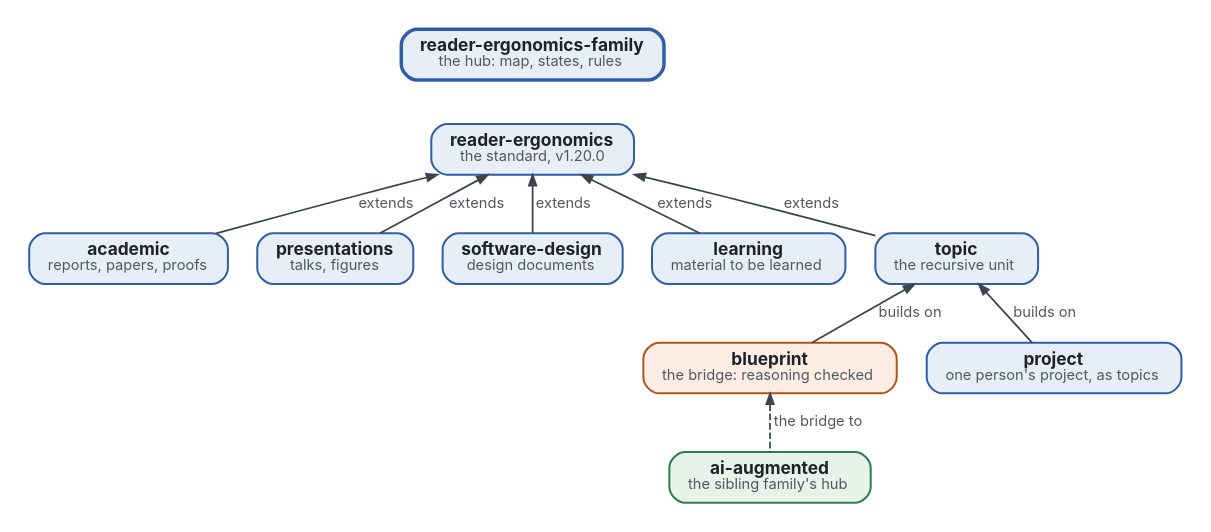
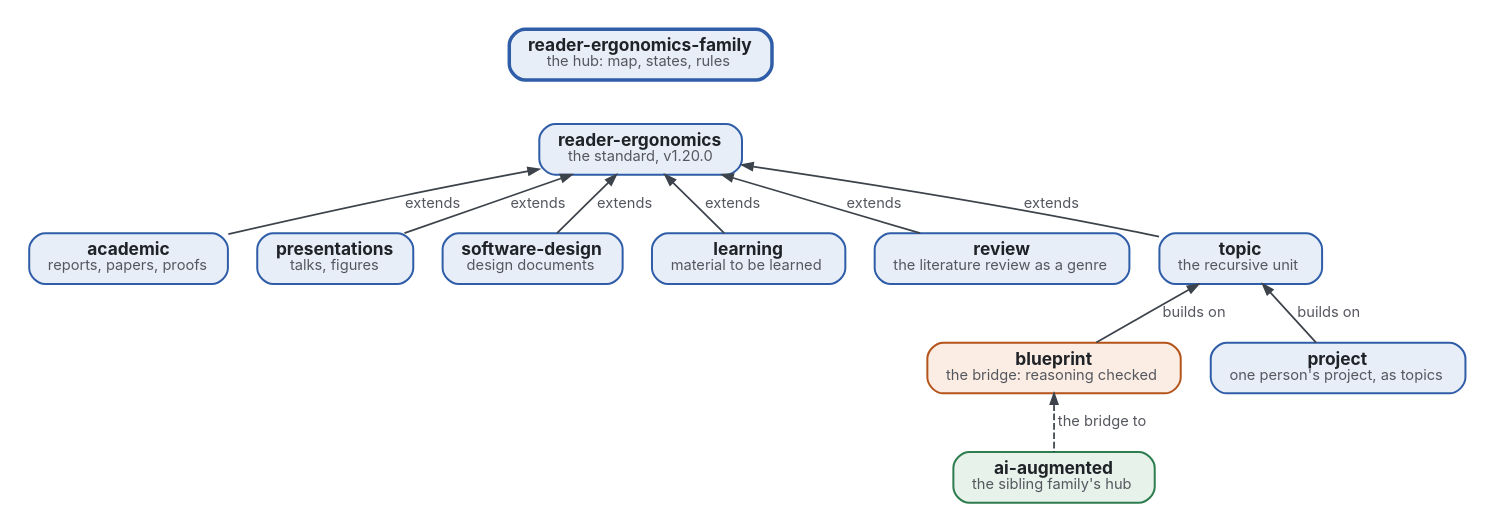
The diagram in map.dot (Tewf/reader-ergonomics-family), drawn with Graphviz before and after one commit. The commit also changed 3 other files, not shown here.

```diff
--- a/map.dot
+++ b/map.dot
@@ -1,28 +1,30 @@
 // The map of the reader-ergonomics family. Colours: the family blue, the sibling family green, the bridge orange,
 // each kind named in its box; this page, the hub, has the thick border and nothing points to it.
 digraph map {
   graph [rankdir=TB, nodesep=0.3, ranksep=0.45, bgcolor="white", pad=0.2, fontname="Inter", newrank=true];
   node  [shape=box, style="rounded,filled", fontname="Inter", fontsize=13, margin="0.2,0.1", penwidth=1.5, fontcolor="#1F2328"];
   edge  [fontname="Inter", fontsize=11, color="#3D434B", fontcolor="#55575F", penwidth=1.3, arrowsize=0.8];
   HUB [label=<<b>reader-ergonomics-family</b><br/><font point-size="11" color="#55575F">the hub: map, states, rules</font>>, fillcolor="#E8EEF8", color="#2F5DA8", penwidth=2.6];
   RE [label=<<b>reader-ergonomics</b><br/><font point-size="11" color="#55575F">the standard, v1.20.0</font>>, fillcolor="#E8EEF8", color="#2F5DA8"];
   AC [label=<<b>academic</b><br/><font point-size="11" color="#55575F">reports, papers, proofs</font>>, fillcolor="#E8EEF8", color="#2F5DA8"];
   PR [label=<<b>presentations</b><br/><font point-size="11" color="#55575F">talks, figures</font>>, fillcolor="#E8EEF8", color="#2F5DA8"];
   SD [label=<<b>software-design</b><br/><font point-size="11" color="#55575F">design documents</font>>, fillcolor="#E8EEF8", color="#2F5DA8"];
   LE [label=<<b>learning</b><br/><font point-size="11" color="#55575F">material to be learned</font>>, fillcolor="#E8EEF8", color="#2F5DA8"];
+  RV [label=<<b>review</b><br/><font point-size="11" color="#55575F">the literature review as a genre</font>>, fillcolor="#E8EEF8", color="#2F5DA8"];
   T  [label=<<b>topic</b><br/><font point-size="11" color="#55575F">the recursive unit</font>>, fillcolor="#E8EEF8", color="#2F5DA8"];
   BP [label=<<b>blueprint</b><br/><font point-size="11" color="#55575F">the bridge: reasoning checked</font>>, fillcolor="#FBEDE4", color="#B4541A"];
   P  [label=<<b>project</b><br/><font point-size="11" color="#55575F">one person's project, as topics</font>>, fillcolor="#E8EEF8", color="#2F5DA8"];
   AI [label=<<b>ai-augmented</b><br/><font point-size="11" color="#55575F">the sibling family's hub</font>>, fillcolor="#E6F2EA", color="#2E7D4F"];
   HUB -> RE [style=invis];
   RE -> AC [dir=back, label=" extends"];
   RE -> PR [dir=back, label=" extends"];
   RE -> SD [dir=back, label=" extends"];
   RE -> LE [dir=back, label=" extends"];
   RE -> T [dir=back, label=" extends"];
+  RE -> RV [dir=back, label=" extends"];
   T -> BP [dir=back, label=" builds on"];
   T -> P [dir=back, label=" builds on"];
   BP -> AI [dir=back, style=dashed, label=" the bridge to"];
-  {rank=same; AC; PR; SD; LE; T}
+  {rank=same; AC; PR; SD; LE; T; RV}
   {rank=same; BP; P}
 }
```
